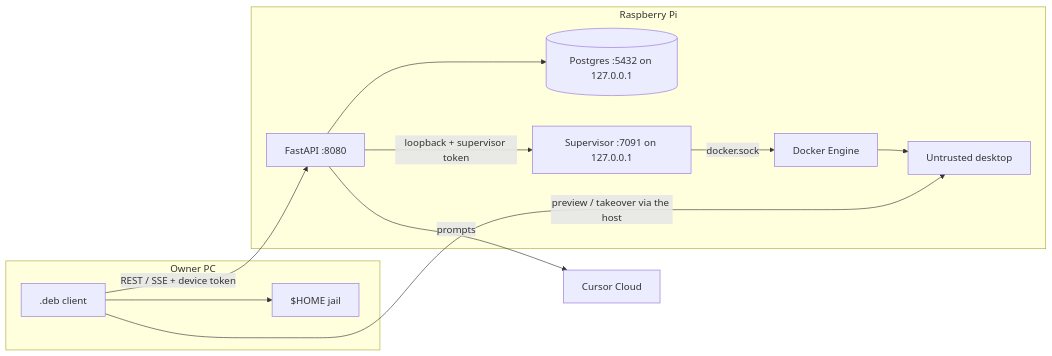
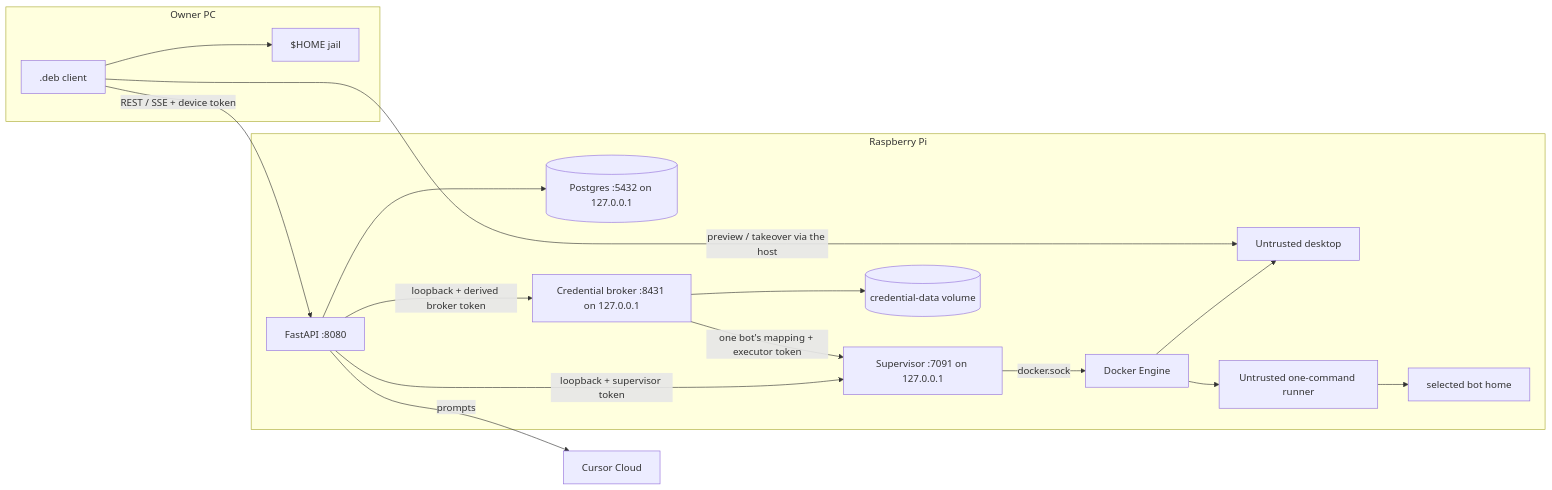
Before and after one commit to itsuppartem/artek-buddy: the diagram in THREAT-MODEL.md, drawn with Mermaid. The commit also changed other lines of this file and 54 other files, not shown here.

````diff
--- a/THREAT-MODEL.md
+++ b/THREAT-MODEL.md
@@ -33,23 +34,32 @@
 ```mermaid
 flowchart LR
   subgraph ownerPC [Owner PC]
     Deb[".deb client"]
     Home["$HOME jail"]
   end
   subgraph pi [Raspberry Pi]
     API["FastAPI :8080"]
     DB[(Postgres :5432 on 127.0.0.1)]
     Super["Supervisor :7091 on 127.0.0.1"]
+    Broker["Credential broker :8431 on 127.0.0.1"]
+    Creds[(credential-data volume)]
+    Homes["selected bot home"]
     Engine["Docker Engine"]
     Box["Untrusted desktop"]
+    Runner["Untrusted one-command runner"]
   end
   Cursor["Cursor Cloud"]
   Deb -->|"REST / SSE + device token"| API
   Deb --> Home
   API --> DB
   API -->|"prompts"| Cursor
   API -->|"loopback + supervisor token"| Super
+  API -->|"loopback + derived broker token"| Broker
+  Broker --> Creds
+  Broker -->|"one bot's mapping + executor token"| Super
   Super -->|"docker.sock"| Engine
   Engine --> Box
+  Engine --> Runner
+  Runner --> Homes
   Deb -->|"preview / takeover via the host"| Box
 ```
````
